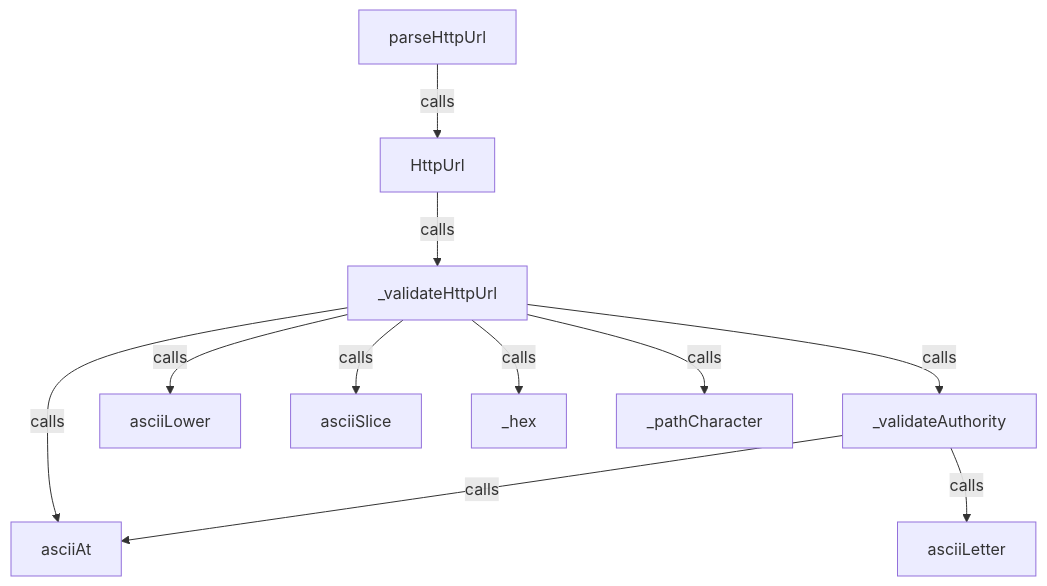
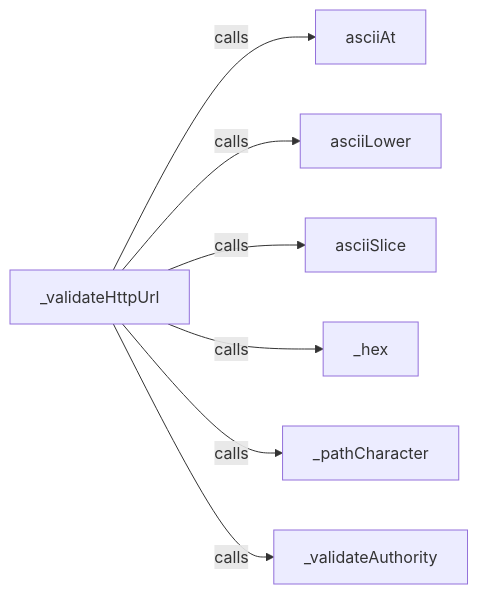
Before and after one commit to GreenPandaStudios/augscript: the third of 13 diagrams in src/stdlib/values/urls.aug.diagrams.md, drawn with Mermaid. The commit also changed other lines of this file and 304 other files, not shown here.

Commit message:
Make generated data-flow sequences concise and review every diagram

````diff
--- a/src/stdlib/values/urls.aug.diagrams.md
+++ b/src/stdlib/values/urls.aug.diagrams.md
@@ -34,23 +31,16 @@
 ```mermaid
-flowchart TD
+flowchart LR
     n0["asciiAt"]
-    n1["asciiLetter"]
-    n2["asciiLower"]
-    n3["asciiSlice"]
-    n4["HttpUrl"]
-    n5["_hex"]
-    n6["_pathCharacter"]
-    n7["_validateAuthority"]
-    n8["_validateHttpUrl"]
-    n9["parseHttpUrl"]
-    n4 -->|"calls"| n8
-    n7 -->|"calls"| n0
-    n7 -->|"calls"| n1
-    n8 -->|"calls"| n0
-    n8 -->|"calls"| n2
-    n8 -->|"calls"| n3
-    n8 -->|"calls"| n5
-    n8 -->|"calls"| n6
-    n8 -->|"calls"| n7
-    n9 -->|"calls"| n4
+    n1["asciiLower"]
+    n2["asciiSlice"]
+    n3["_hex"]
+    n4["_pathCharacter"]
+    n5["_validateAuthority"]
+    n6["_validateHttpUrl"]
+    n6 -->|"calls"| n0
+    n6 -->|"calls"| n1
+    n6 -->|"calls"| n2
+    n6 -->|"calls"| n3
+    n6 -->|"calls"| n4
+    n6 -->|"calls"| n5
 ```
````
